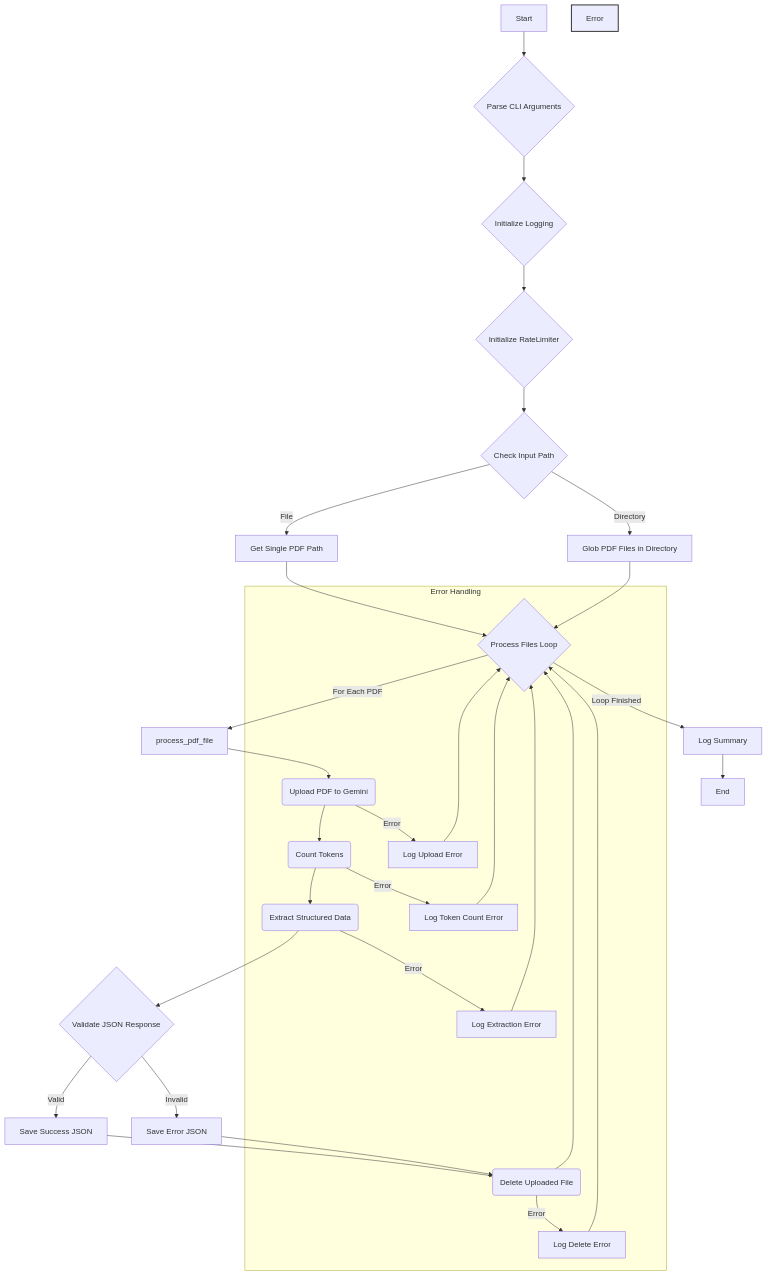
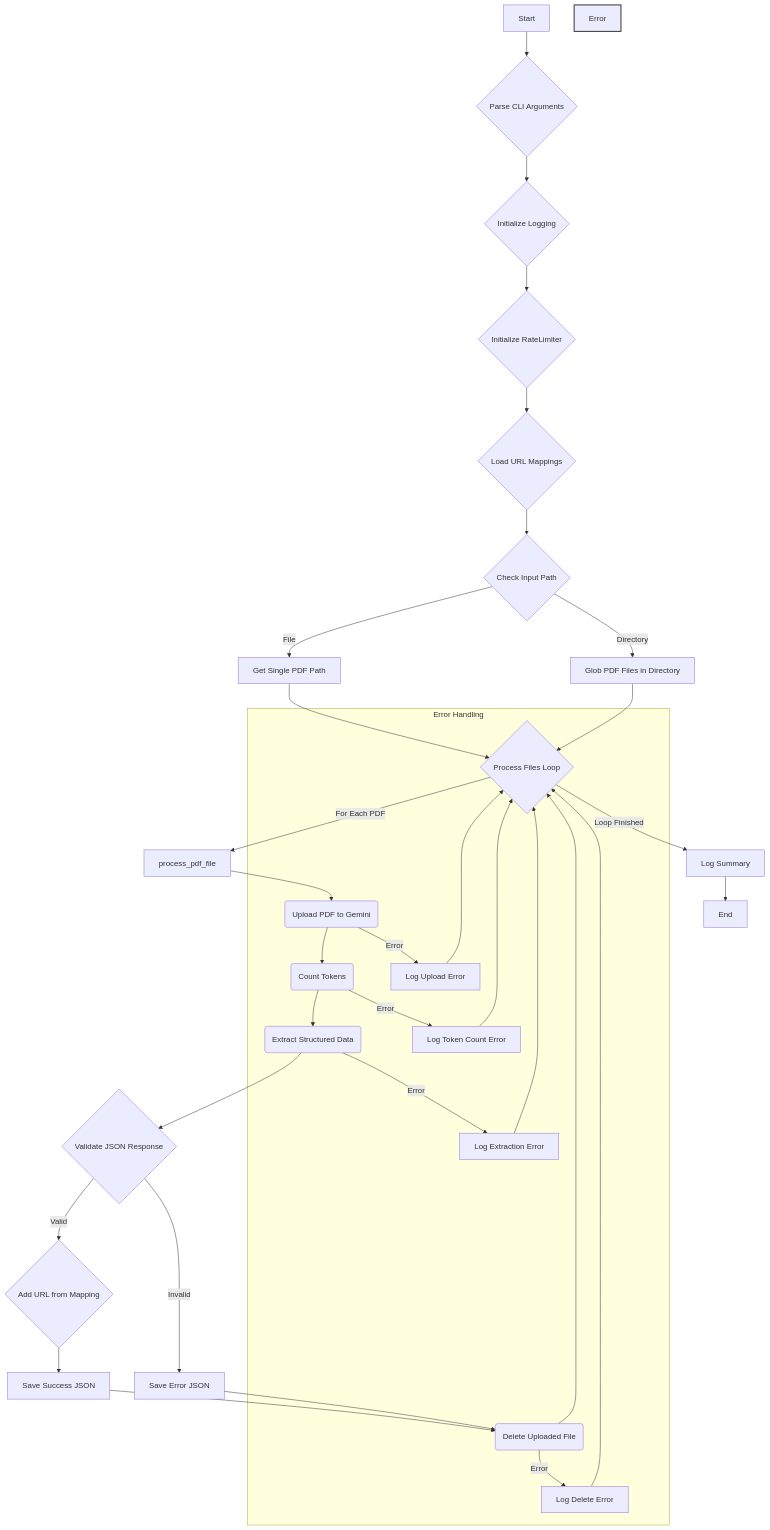
Before and after one commit to Cadence-GitHub/Stouffville-By-laws-AI: the diagram in tools/BatchParseAndExtractBylawPDFs.md, drawn with Mermaid. The commit also changed other lines of this file, not shown here.

````diff
--- a/tools/BatchParseAndExtractBylawPDFs.md
+++ b/tools/BatchParseAndExtractBylawPDFs.md
@@ -134,36 +148,38 @@
 ```mermaid
 graph TD
     A[Start] --> B{Parse CLI Arguments};
     B --> C{Initialize Logging};
     C --> D{Initialize RateLimiter};
-    D --> E{Check Input Path};
-    E -- File --> F[Get Single PDF Path];
-    E -- Directory --> G[Glob PDF Files in Directory];
+    D --> E1{Load URL Mappings};
+    E1 --> E2{Check Input Path};
+    E2 -- File --> F[Get Single PDF Path];
+    E2 -- Directory --> G[Glob PDF Files in Directory];
     F --> H{Process Files Loop};
     G --> H;
     H -- For Each PDF --> I[process_pdf_file];
     I --> J(Upload PDF to Gemini);
     J --> K(Count Tokens);
     K --> L(Extract Structured Data);
     L --> M{Validate JSON Response};
-    M -- Valid --> N[Save Success JSON];
+    M -- Valid --> N1{Add URL from Mapping};
+    N1 --> N2[Save Success JSON];
     M -- Invalid --> O[Save Error JSON];
-    N --> P(Delete Uploaded File);
+    N2 --> P(Delete Uploaded File);
     O --> P;
     P --> H;
     H -- Loop Finished --> Q[Log Summary];
     Q --> R[End];
 
     subgraph Error Handling
         J -- Error --> S[Log Upload Error];
         K -- Error --> T[Log Token Count Error];
         L -- Error --> U[Log Extraction Error];
         P -- Error --> V[Log Delete Error];
         S --> H;
         T --> H;
         U --> H;
         V --> H;
     end
 
     style Error Handling fill:#f9f,stroke:#333,stroke-width:2px
 ```
````
